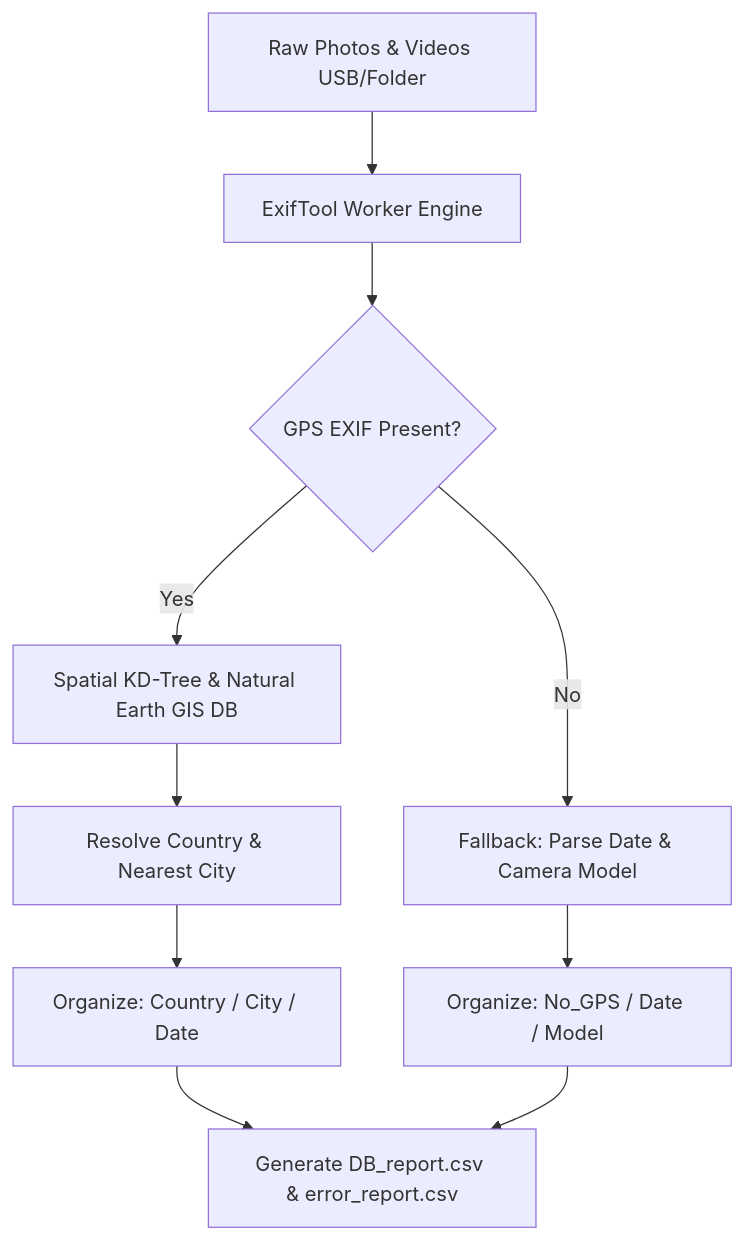
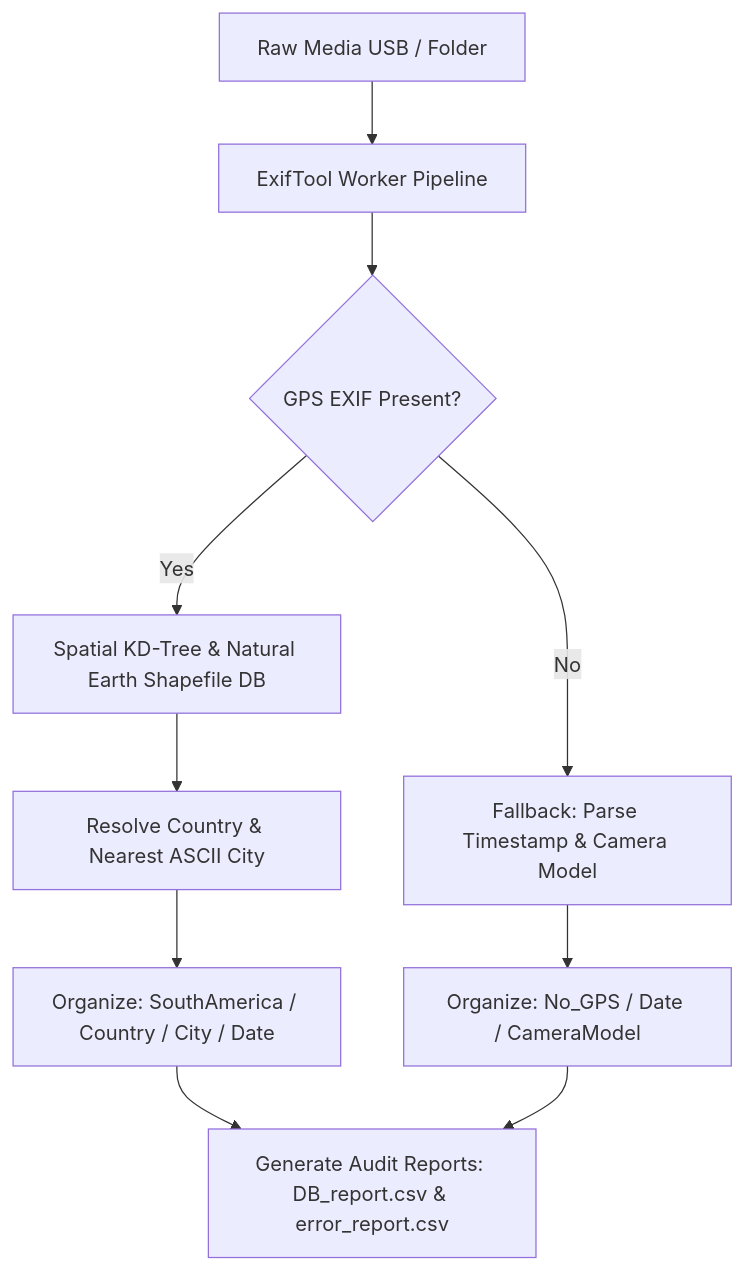
One commit to AnnyeongHae/photo_classifier changed the diagram in README.md. Above: the diagram before and after it, drawn with Mermaid. The commit also changed other lines of this file, not shown here.

````diff
--- a/README.md
+++ b/README.md
@@ -81,11 +61,11 @@
 ```mermaid
 graph TD
-    A[Raw Photos & Videos USB/Folder] --> B[ExifTool Worker Engine]
+    A[Raw Media USB / Folder] --> B[ExifTool Worker Pipeline]
     B --> C{GPS EXIF Present?}
-    C -->|Yes| D[Spatial KD-Tree & Natural Earth GIS DB]
-    D --> E[Resolve Country & Nearest City]
-    E --> F[Organize: Country / City / Date]
-    C -->|No| G[Fallback: Parse Date & Camera Model]
-    G --> H[Organize: No_GPS / Date / Model]
-    F & H --> I[Generate DB_report.csv & error_report.csv]
+    C -->|Yes| D[Spatial KD-Tree & Natural Earth Shapefile DB]
+    D --> E[Resolve Country & Nearest ASCII City]
+    E --> F[Organize: SouthAmerica / Country / City / Date]
+    C -->|No| G[Fallback: Parse Timestamp & Camera Model]
+    G --> H[Organize: No_GPS / Date / CameraModel]
+    F & H --> I[Generate Audit Reports: DB_report.csv & error_report.csv]
 ```
````
